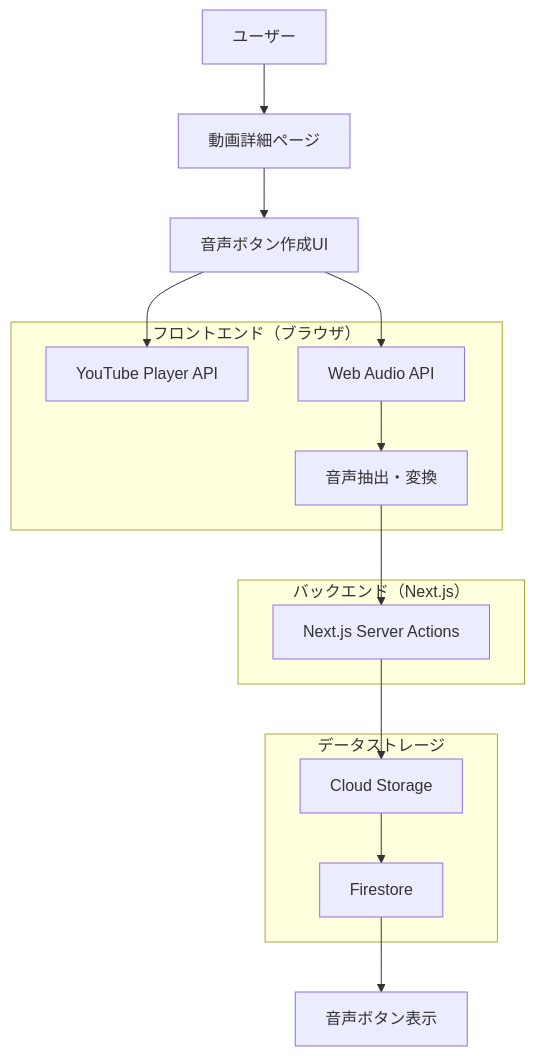
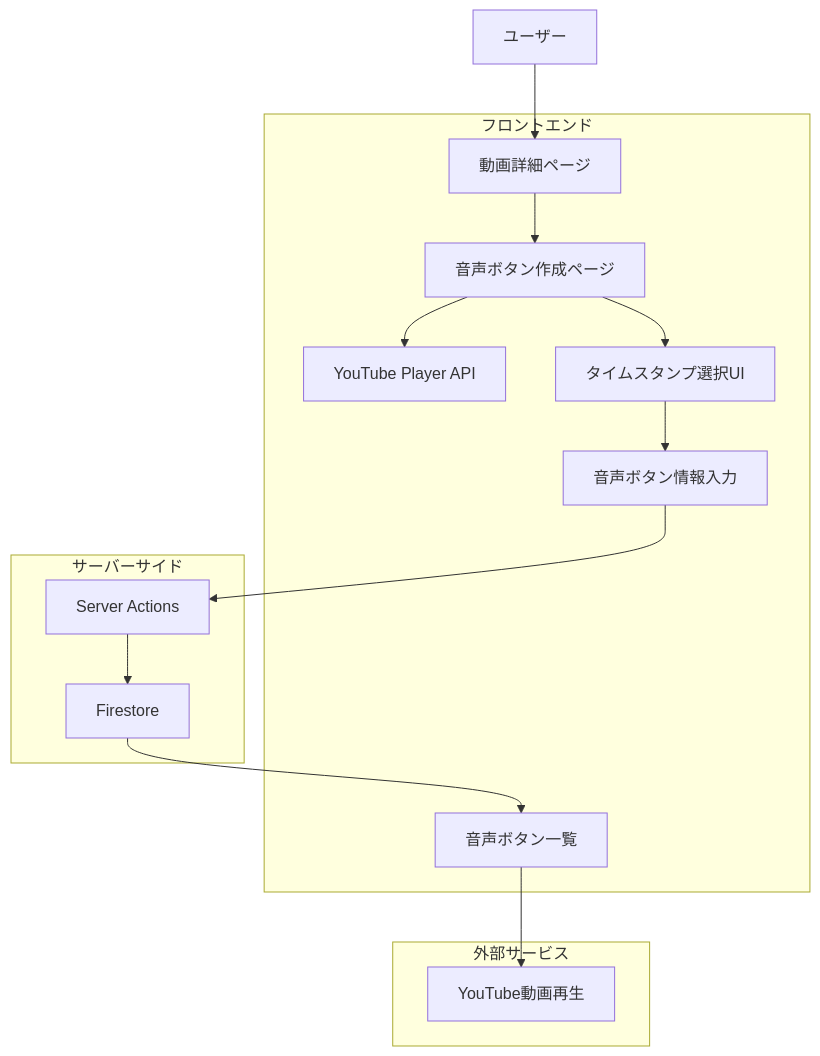
The diagram in docs/AUDIO_BUTTON_DESIGN.md (nothink-jp/suzumina.click), drawn with Mermaid before and after one commit. The commit also changed other lines of this file and 20 other files, not shown here.

````diff
--- a/docs/AUDIO_BUTTON_DESIGN.md
+++ b/docs/AUDIO_BUTTON_DESIGN.md
@@ -33,27 +147,31 @@
 ```mermaid
 graph TB
     A[ユーザー] --> B[動画詳細ページ]
-    B --> C[音声ボタン作成UI]
+    B --> C[音声ボタン作成ページ]
     C --> D[YouTube Player API]
-    C --> E[Web Audio API]
-    E --> F[音声抽出・変換]
-    F --> G[Next.js Server Actions]
-    G --> H[Cloud Storage]
-    H --> I[Firestore]
-    I --> J[音声ボタン表示]
+    C --> E[タイムスタンプ選択UI]
+    E --> F[音声ボタン情報入力]
+    F --> G[Server Actions]
+    G --> H[Firestore]
+    H --> I[音声ボタン一覧]
+    I --> J[YouTube動画再生]
     
-    subgraph "フロントエンド（ブラウザ）"
+    subgraph "フロントエンド"
+        B
+        C
         D
         E
         F
+        I
     end
     
-    subgraph "バックエンド（Next.js）"
+    subgraph "サーバーサイド"
         G
+        H
     end
     
-    subgraph "データストレージ"
-        H
-        I
+    subgraph "外部サービス"
+        D
+        J
     end
 ```
````
